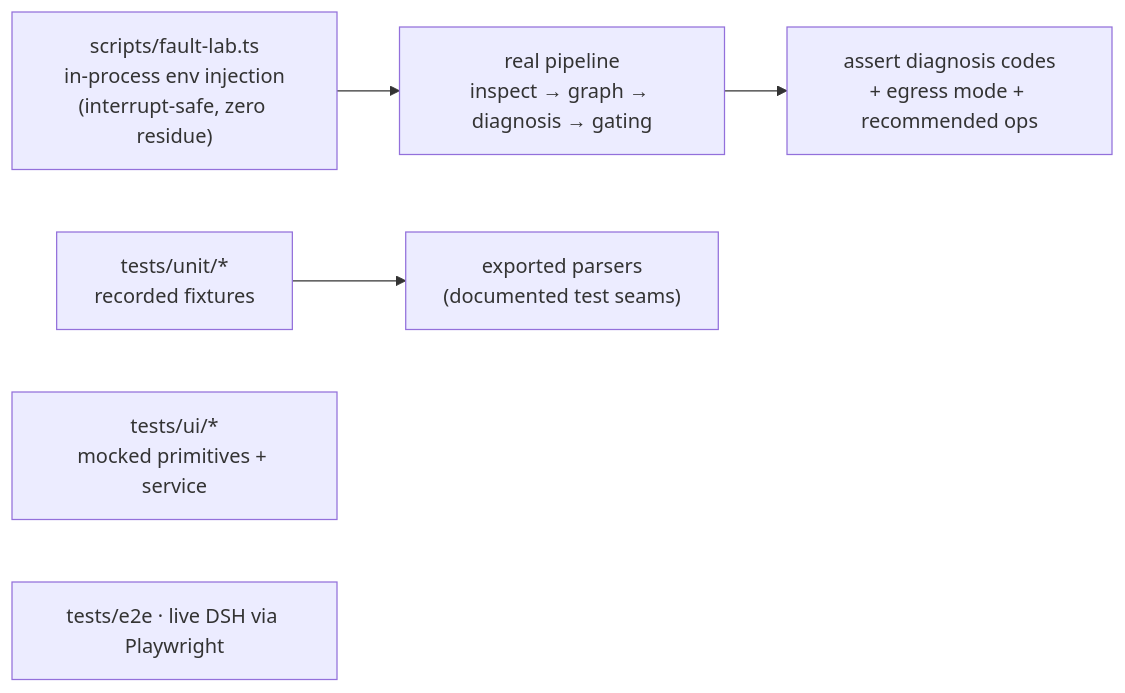
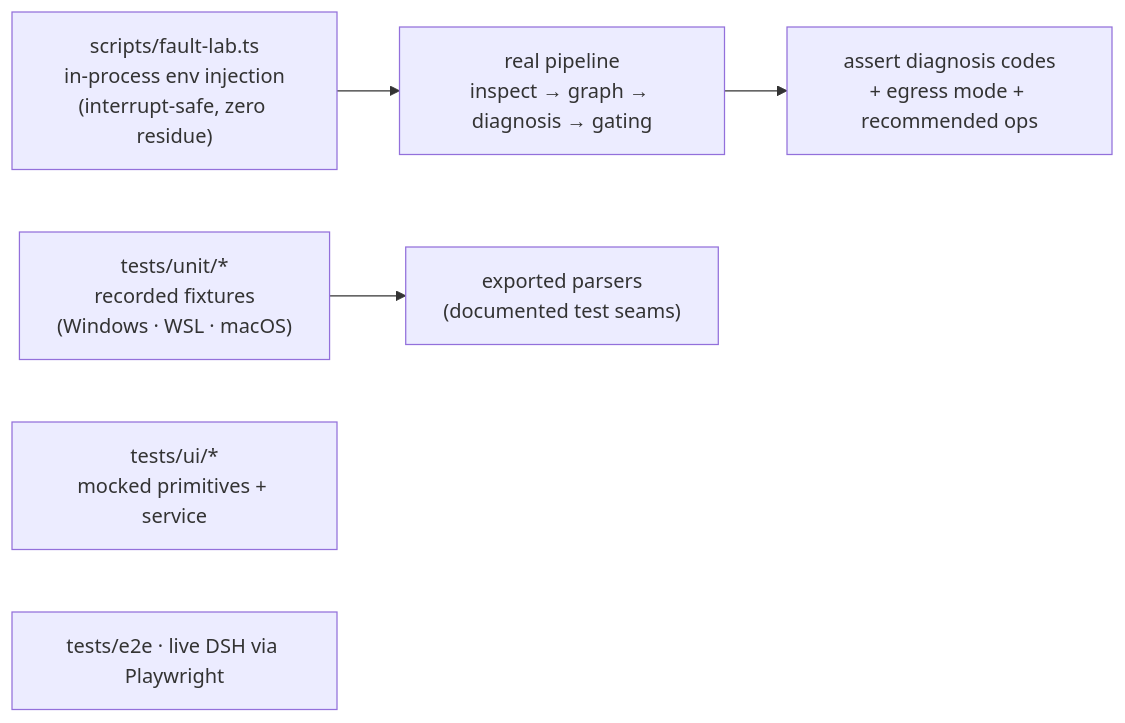
One commit to kanneiren/dsh-network-settings changed the sixth of 6 diagrams in docs/architecture.md. Above: the diagram before and after it, drawn with Mermaid. The commit also changed other lines of this file and 6 other files, not shown here.

First line of the commit message:
feat(macOS): UI adaptation + comprehensive docs/architecture update

````diff
--- a/docs/architecture.md
+++ b/docs/architecture.md
@@ -153,12 +156,12 @@
 ```mermaid
 flowchart LR
   FL["scripts/fault-lab.ts<br/>in-process env injection<br/>(interrupt-safe, zero residue)"]
   PIPE["real pipeline<br/>inspect → graph → diagnosis → gating"]
   A["assert diagnosis codes<br/>+ egress mode + recommended ops"]
-  UT["tests/unit/*<br/>recorded fixtures"]
+  UT["tests/unit/*<br/>recorded fixtures<br/>(Windows · WSL · macOS)"]
   PARSERS["exported parsers<br/>(documented test seams)"]
   FL --> PIPE --> A
   UT --> PARSERS
   UIT["tests/ui/*<br/>mocked primitives + service"]
   E2E["tests/e2e · live DSH via Playwright"]
 ```
````
